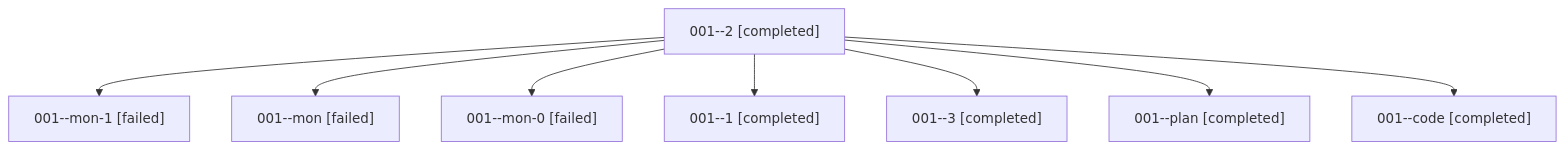
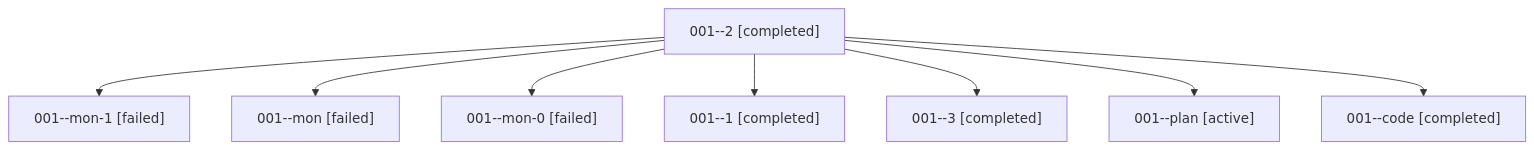
One commit to sase-org/sase--agents changed the diagram in families/bbugyi200.athena.001.md. Above: the diagram before and after it, drawn with Mermaid. The commit also changed other lines of this file and 35830 other files, not shown here.

````diff
--- a/families/bbugyi200.athena.001.md
+++ b/families/bbugyi200.athena.001.md
@@ -9,18 +9,18 @@
 ```mermaid
 flowchart TD
   n0["001--2 [completed]"]
   n1["001--mon-1 [failed]"]
   n0 --> n1
   n2["001--mon [failed]"]
   n0 --> n2
   n3["001--mon-0 [failed]"]
   n0 --> n3
   n4["001--1 [completed]"]
   n0 --> n4
   n5["001--3 [completed]"]
   n0 --> n5
-  n6["001--plan [completed]"]
+  n6["001--plan [active]"]
   n0 --> n6
   n7["001--code [completed]"]
   n0 --> n7
 ```
````
